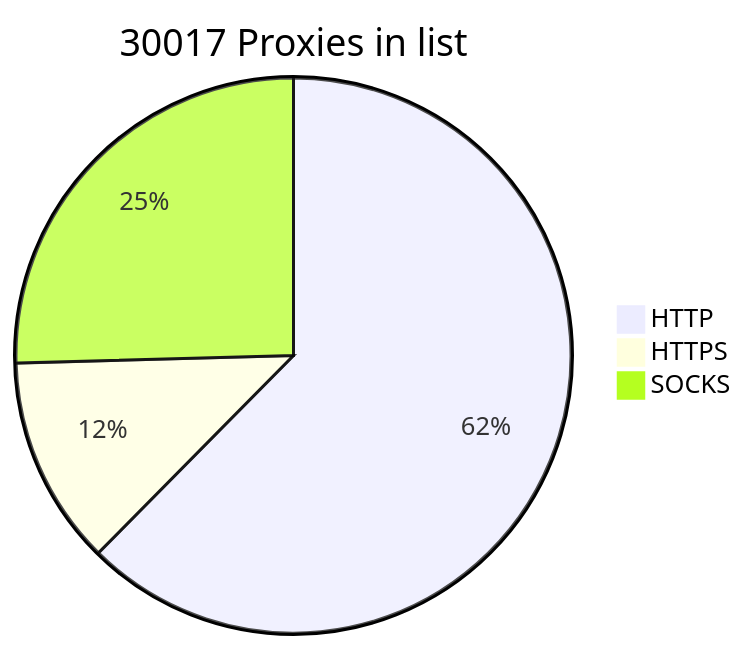
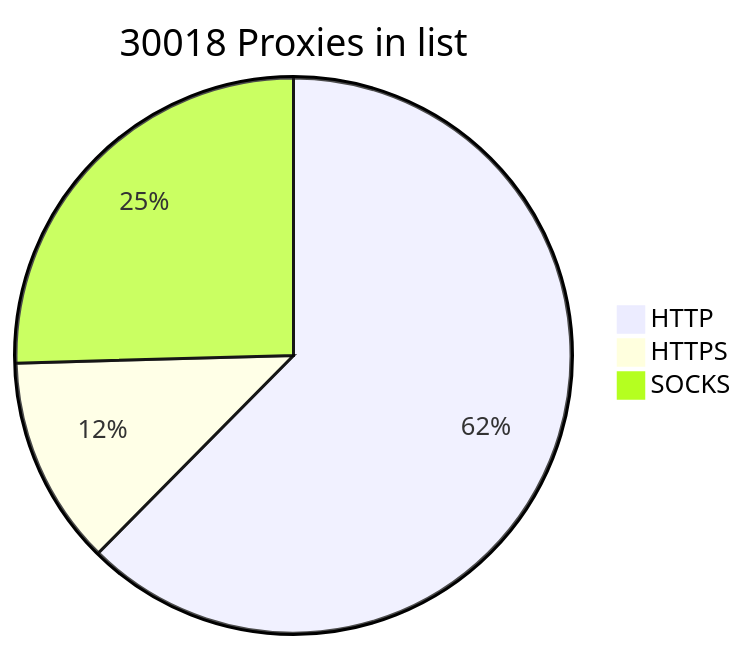
Before and after one commit to BlackSnowDot/proxylist-update-every-minute: the diagram in README.md, drawn with Mermaid.

````diff
--- a/README.md
+++ b/README.md
@@ -2,6 +2,6 @@
 ```mermaid
-pie title 30017 Proxies in list
+pie title 30018 Proxies in list
     "HTTP" : 20599
     "HTTPS": 4013
-    "SOCKS" : 8396
+    "SOCKS" : 8397
 ```
````
